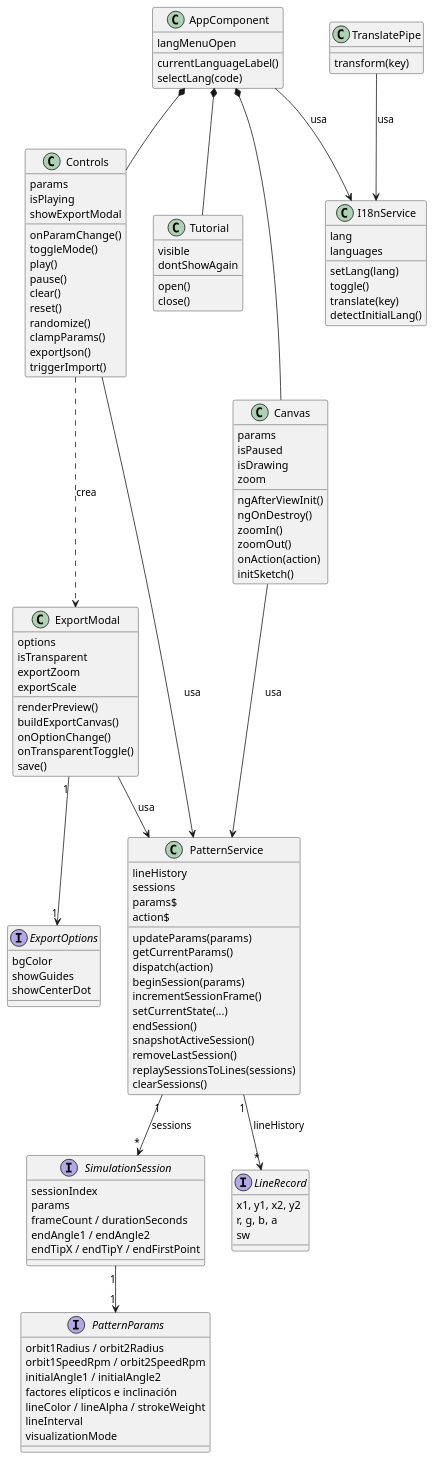
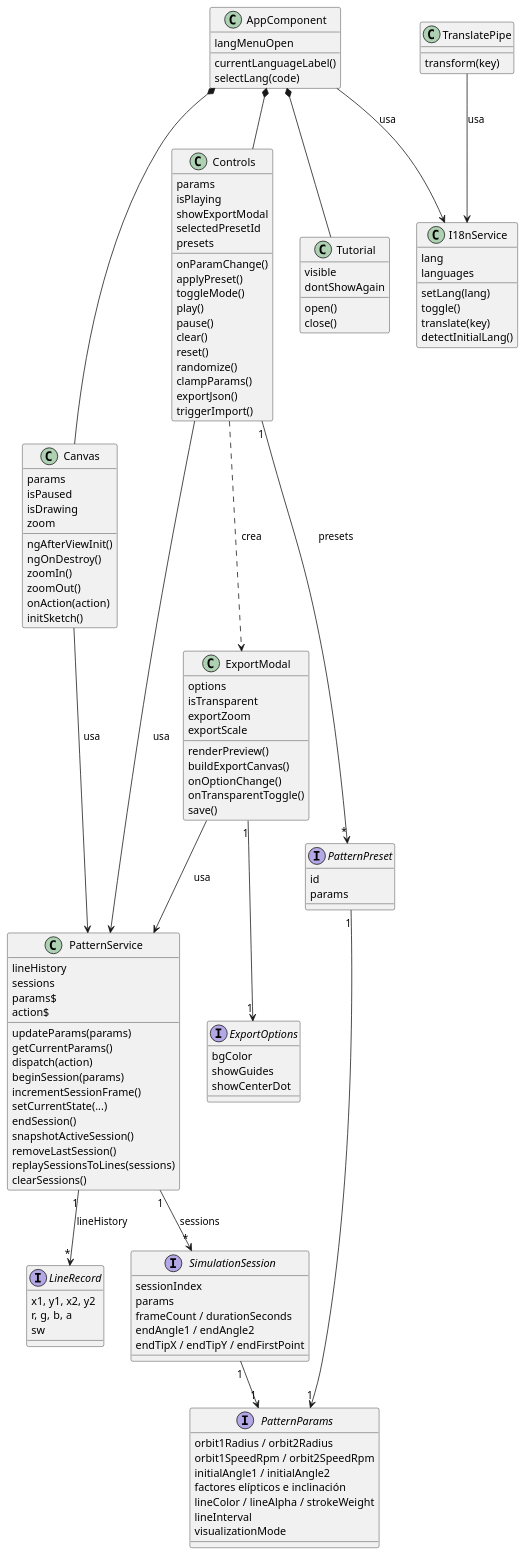
One commit to IgnacioMol/Epicycloid_generator changed the second of 16 diagrams in claude/memoria-cap4-analisis.md. Above: the diagram before and after it, drawn with PlantUML. The commit also changed other lines of this file and 13 other files, not shown here.

````diff
--- a/claude/memoria-cap4-analisis.md
+++ b/claude/memoria-cap4-analisis.md
@@ -482,7 +509,10 @@
   params
   isPlaying
   showExportModal
+  selectedPresetId
+  presets
   onParamChange()
+  applyPreset()
   toggleMode()
   play()
   pause()
@@ -564,6 +594,10 @@
   showGuides
   showCenterDot
 }
+interface PatternPreset {
+  id
+  params
+}
 
 AppComponent *-- Canvas
 AppComponent *-- Controls
@@ -578,5 +612,7 @@
 PatternService "1" --> "*" LineRecord : lineHistory
 SimulationSession "1" --> "1" PatternParams
 ExportModal "1" --> "1" ExportOptions
+Controls "1" --> "*" PatternPreset : presets
+PatternPreset "1" --> "1" PatternParams
 @enduml
 ```
````
